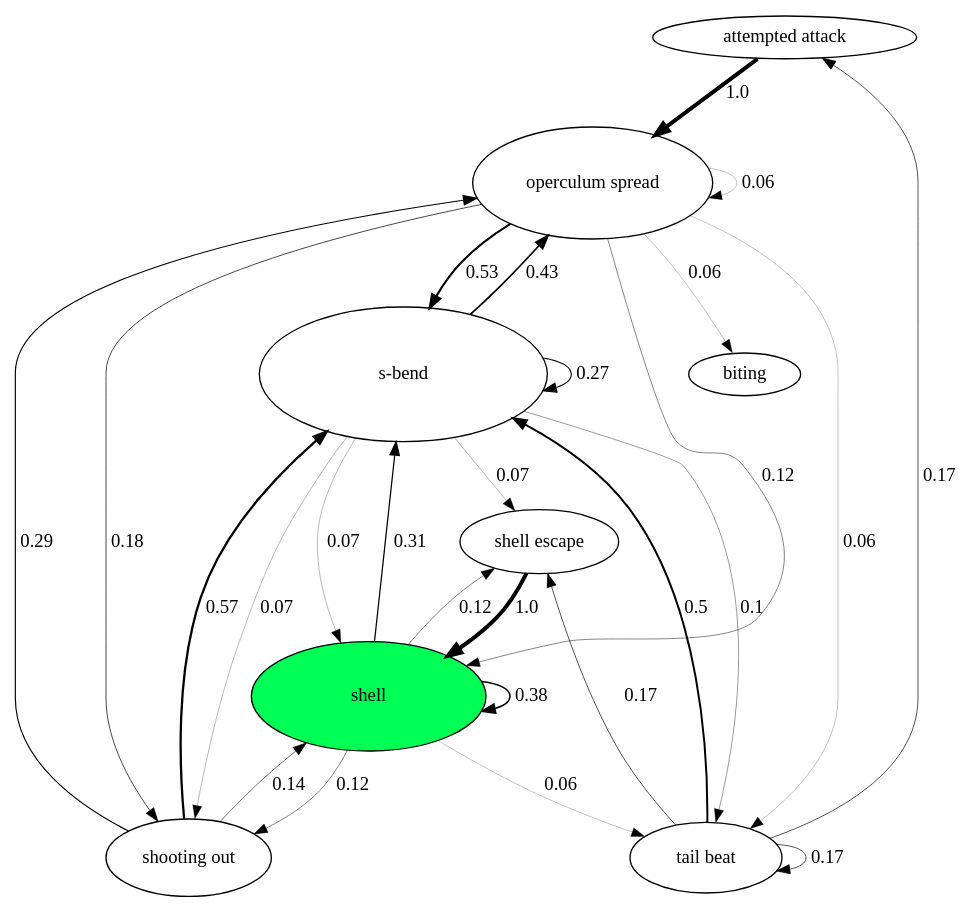
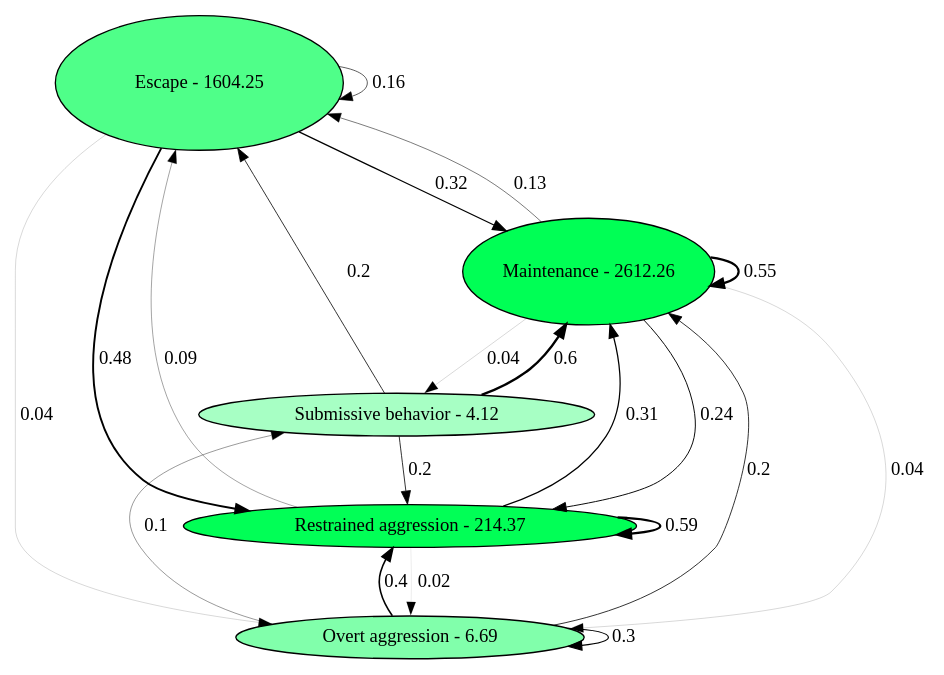
One commit to nicolkraus/AnalyzeBehavior changed the diagram in images/transitions.gv. Above: the diagram before and after it, drawn with Graphviz. The commit also changed 10 other files, not shown here.

```diff
--- a/images/transitions.gv
+++ b/images/transitions.gv
@@ -1,36 +1,27 @@
 digraph  {
-"attempted attack" [fillcolor="0.3888888888888889 0.0 1", height="0.0", style=filled, width="0.0"];
-"operculum spread" [fillcolor="0.3888888888888889 0.0 1", height="1.16620655509863", style=filled, width="2.4990140466399215"];
-biting [fillcolor="0.3888888888888889 0.0 1", height="0.0", style=filled, width="0.0"];
-"s-bend" [fillcolor="0.3888888888888889 0.0 1", height="1.4", style=filled, width="3.0"];
-shell [fillcolor="0.3888888888888889 1.0 1", height="1.1412522637068345", style=filled, width="2.445540565086074"];
-"shooting out" [fillcolor="0.3888888888888889 0.0 1", height="0.8009750399566912", style=filled, width="1.7163750856214812"];
-"tail beat" [fillcolor="0.3888888888888889 0.0 1", height="0.7375235763863248", style=filled, width="1.5804076636849818"];
-"shell escape" [fillcolor="0.3888888888888889 0.0 1", height="0.662476423613675", style=filled, width="1.4195923363150178"];
-"attempted attack" -> "operculum spread"  [label="1.0", penwidth="3.0"];
-"operculum spread" -> biting  [label="0.06", penwidth="0.18"];
-"operculum spread" -> "operculum spread"  [label="0.06", penwidth="0.18"];
-"operculum spread" -> "s-bend"  [label="0.53", penwidth="1.59"];
-"operculum spread" -> shell  [label="0.12", penwidth="0.36"];
-"operculum spread" -> "shooting out"  [label="0.18", penwidth="0.54"];
-"operculum spread" -> "tail beat"  [label="0.06", penwidth="0.18"];
-"s-bend" -> "operculum spread"  [label="0.43", penwidth="1.29"];
-"s-bend" -> "s-bend"  [label="0.27", penwidth="0.81"];
-"s-bend" -> shell  [label="0.07", penwidth="0.21000000000000002"];
-"s-bend" -> "shell escape"  [label="0.07", penwidth="0.21000000000000002"];
-"s-bend" -> "shooting out"  [label="0.07", penwidth="0.21000000000000002"];
-"s-bend" -> "tail beat"  [label="0.1", penwidth="0.30000000000000004"];
-shell -> "s-bend"  [label="0.31", penwidth="0.9299999999999999"];
-shell -> shell  [label="0.38", penwidth="1.1400000000000001"];
-shell -> "shell escape"  [label="0.12", penwidth="0.36"];
-shell -> "shooting out"  [label="0.12", penwidth="0.36"];
-shell -> "tail beat"  [label="0.06", penwidth="0.18"];
-"shooting out" -> "operculum spread"  [label="0.29", penwidth="0.8699999999999999"];
-"shooting out" -> "s-bend"  [label="0.57", penwidth="1.71"];
-"shooting out" -> shell  [label="0.14", penwidth="0.42000000000000004"];
-"tail beat" -> "attempted attack"  [label="0.17", penwidth="0.51"];
-"tail beat" -> "s-bend"  [label="0.5", penwidth="1.5"];
-"tail beat" -> "shell escape"  [label="0.17", penwidth="0.51"];
-"tail beat" -> "tail beat"  [label="0.17", penwidth="0.51"];
-"shell escape" -> shell  [label="1.0", penwidth="3.0"];
+"Escape - 1604.25" [fillcolor="0.3888888888888889 0.6888495039940548 1", height="1.4", style=filled, tooltip="what should &#013; be here", width="3.0"];
+"Maintenance - 2612.26" [fillcolor="0.3888888888888889 1.0 1", height="1.105013510155046", style=filled, tooltip="what should &#013; be here", width="2.3678860931893846"];
+"Overt aggression - 6.69" [fillcolor="0.3888888888888889 0.4927604187023892 1", height="0.17659951825687517", style=filled, tooltip="what should &#013; be here", width="0.3784275391218754"];
+"Restrained aggression - 214.37" [fillcolor="0.3888888888888889 0.9939141928095451 1", height="0.38288700339441495", style=filled, tooltip="what should &#013; be here", width="0.8204721501308891"];
+"Submissive behavior - 4.12" [fillcolor="0.3888888888888889 0.3444247519970274 1", height="0.20621951126428595", style=filled, tooltip="what should &#013; be here", width="0.4418989527091842"];
+"Escape - 1604.25" -> "Escape - 1604.25"  [label="0.16", penwidth="0.48"];
+"Escape - 1604.25" -> "Maintenance - 2612.26"  [label="0.32", penwidth="0.96"];
+"Escape - 1604.25" -> "Overt aggression - 6.69"  [label="0.04", penwidth="0.12"];
+"Escape - 1604.25" -> "Restrained aggression - 214.37"  [label="0.48", penwidth="1.44"];
+"Maintenance - 2612.26" -> "Escape - 1604.25"  [label="0.13", penwidth="0.39"];
+"Maintenance - 2612.26" -> "Maintenance - 2612.26"  [label="0.55", penwidth="1.6500000000000001"];
+"Maintenance - 2612.26" -> "Overt aggression - 6.69"  [label="0.04", penwidth="0.12"];
+"Maintenance - 2612.26" -> "Restrained aggression - 214.37"  [label="0.24", penwidth="0.72"];
+"Maintenance - 2612.26" -> "Submissive behavior - 4.12"  [label="0.04", penwidth="0.12"];
+"Overt aggression - 6.69" -> "Maintenance - 2612.26"  [label="0.2", penwidth="0.6000000000000001"];
+"Overt aggression - 6.69" -> "Overt aggression - 6.69"  [label="0.3", penwidth="0.8999999999999999"];
+"Overt aggression - 6.69" -> "Restrained aggression - 214.37"  [label="0.4", penwidth="1.2000000000000002"];
+"Overt aggression - 6.69" -> "Submissive behavior - 4.12"  [label="0.1", penwidth="0.30000000000000004"];
+"Restrained aggression - 214.37" -> "Escape - 1604.25"  [label="0.09", penwidth="0.27"];
+"Restrained aggression - 214.37" -> "Maintenance - 2612.26"  [label="0.31", penwidth="0.9299999999999999"];
+"Restrained aggression - 214.37" -> "Overt aggression - 6.69"  [label="0.02", penwidth="0.06"];
+"Restrained aggression - 214.37" -> "Restrained aggression - 214.37"  [label="0.59", penwidth="1.77"];
+"Submissive behavior - 4.12" -> "Escape - 1604.25"  [label="0.2", penwidth="0.6000000000000001"];
+"Submissive behavior - 4.12" -> "Maintenance - 2612.26"  [label="0.6", penwidth="1.7999999999999998"];
+"Submissive behavior - 4.12" -> "Restrained aggression - 214.37"  [label="0.2", penwidth="0.6000000000000001"];
 }
```
